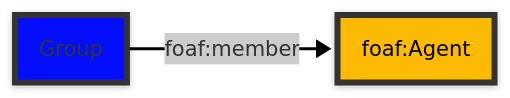
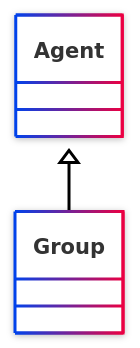
One commit to StephaneBranly/ontodoc changed the diagram in example/build/class/Group.md. Above: the diagram before and after it, drawn with Mermaid. The commit also changed other lines of this file and 94 other files, not shown here.

````diff
--- a/example/build/class/Group.md
+++ b/example/build/class/Group.md
@@ -15,13 +9,10 @@
 ```mermaid
 ---
 config:
   look: neo
   theme: neo
 ---
-flowchart LR
-    Group -- foaf:member --> 0[foaf:Agent]
-    class 0 literal;
-    class Group baseclass;
-classDef literal fill:#fcba03,stroke:#333,stroke-width:4px,color:black;
-classDef baseclass fill:#030ffc,stroke:#333,stroke-width:4px;
+classDiagram
+    class Group
+    Agent <|-- Group
 ```
````
